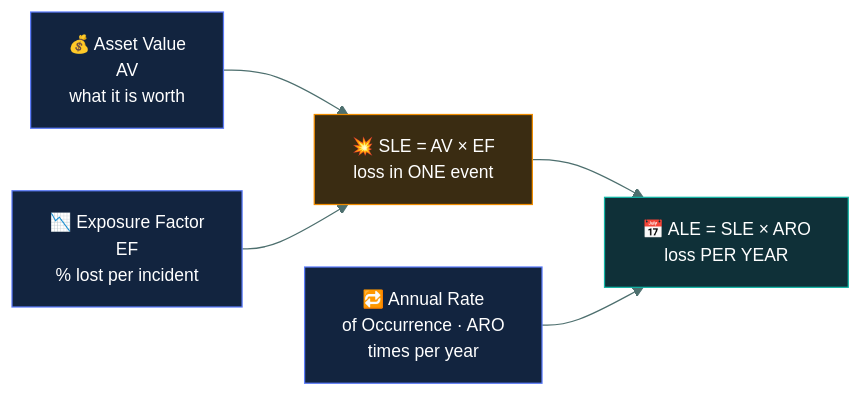
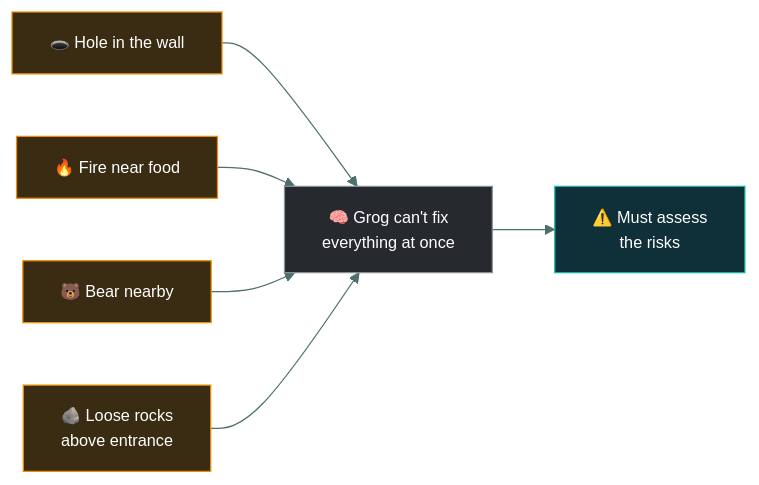
One commit to tarunTejaDesireddy/cc-exam-prep changed the first of 5 diagrams in 01-security-principles/risk-assessment/README.md. Above: the diagram before and after it, drawn with Mermaid. The commit also changed other lines of this file and 1 other file, not shown here.

First line of the commit message:
Rewrite risk-assessment with the Grog's-cave FIND/ANALYZE/RANK/DECIDE walkthrough

````diff
--- a/01-security-principles/risk-assessment/README.md
+++ b/01-security-principles/risk-assessment/README.md
@@ -103,14 +68,16 @@
 ```mermaid
-%%{init: {'theme':'base','themeVariables':{'fontSize':'14px','lineColor':'#4d6f6e','textColor':'#dbe7e6'}}}%%
+%%{init: {'theme':'base','themeVariables':{'fontFamily':'Segoe UI, Helvetica Neue, Arial, sans-serif','fontSize':'13px','lineColor':'#4d6f6e','textColor':'#dbe7e6'}}}%%
 flowchart LR
-    AV["💰 Asset Value<br/>AV<br/>what it is worth"] --> SLE
-    EF["📉 Exposure Factor<br/>EF<br/>% lost per incident"] --> SLE["💥 SLE = AV × EF<br/>loss in ONE event"]
-    SLE --> ALE["📅 ALE = SLE × ARO<br/>loss PER YEAR"]
-    ARO["🔁 Annual Rate<br/>of Occurrence · ARO<br/>times per year"] --> ALE
+    P1["🕳️ Hole in the wall"] --> G["🧠 Grog can't fix<br/>everything at once"]
+    P2["🔥 Fire near food"] --> G
+    P3["🐻 Bear nearby"] --> G
+    P4["🪨 Loose rocks<br/>above entrance"] --> G
+    G --> AS["⚠️ Must assess<br/>the risks"]
 
-    style AV fill:#12243f,stroke:#5C7CFA,color:#fff
-    style EF fill:#12243f,stroke:#5C7CFA,color:#fff
-    style ARO fill:#12243f,stroke:#5C7CFA,color:#fff
-    style SLE fill:#3a2c12,stroke:#F08C00,color:#fff
-    style ALE fill:#0f3038,stroke:#12B5A5,color:#fff
+    style P1 fill:#3a2c12,stroke:#F08C00,color:#fff
+    style P2 fill:#3a2c12,stroke:#F08C00,color:#fff
+    style P3 fill:#3a2c12,stroke:#F08C00,color:#fff
+    style P4 fill:#3a2c12,stroke:#F08C00,color:#fff
+    style G fill:#26292e,stroke:#868E96,color:#fff
+    style AS fill:#0f3038,stroke:#12B5A5,color:#fff
 ```
````
